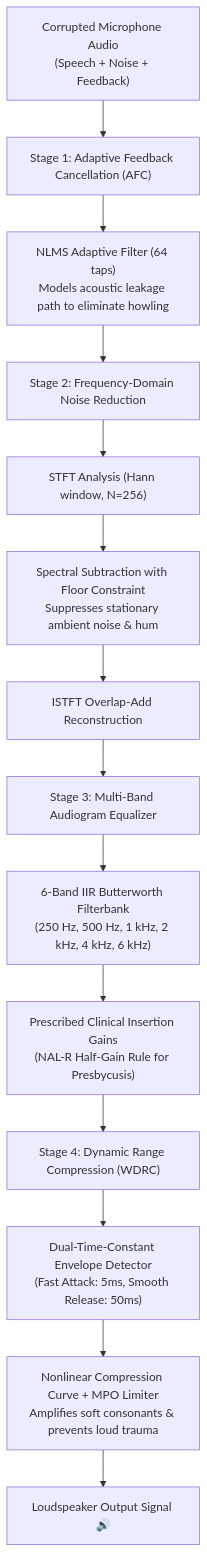
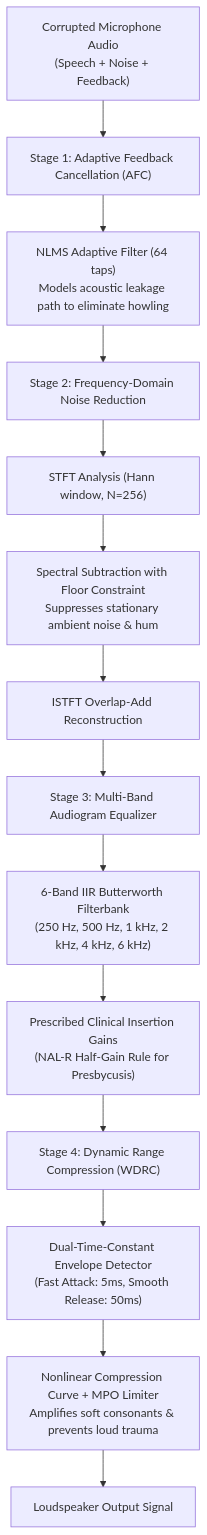
Before and after one commit to hosseinnosrati/edge-hearing-aid-dsp: the diagram in README.md, drawn with Mermaid. The commit also changed other lines of this file, not shown here.

````diff
--- a/README.md
+++ b/README.md
@@ -26,16 +26,16 @@
 ```mermaid
 flowchart TD
     A["Corrupted Microphone Audio<br/>(Speech + Noise + Feedback)"] --> B["Stage 1: Adaptive Feedback Cancellation (AFC)"]
     B --> B1["NLMS Adaptive Filter (64 taps)<br/>Models acoustic leakage path to eliminate howling"]
     B1 --> C["Stage 2: Frequency-Domain Noise Reduction"]
     C --> C1["STFT Analysis (Hann window, N=256)"]
     C1 --> C2["Spectral Subtraction with Floor Constraint<br/>Suppresses stationary ambient noise & hum"]
     C2 --> C3["ISTFT Overlap-Add Reconstruction"]
     C3 --> D["Stage 3: Multi-Band Audiogram Equalizer"]
     D --> D1["6-Band IIR Butterworth Filterbank<br/>(250 Hz, 500 Hz, 1 kHz, 2 kHz, 4 kHz, 6 kHz)"]
     D1 --> D2["Prescribed Clinical Insertion Gains<br/>(NAL-R Half-Gain Rule for Presbycusis)"]
     D2 --> E["Stage 4: Dynamic Range Compression (WDRC)"]
     E --> E1["Dual-Time-Constant Envelope Detector<br/>(Fast Attack: 5ms, Smooth Release: 50ms)"]
     E1 --> E2["Nonlinear Compression Curve + MPO Limiter<br/>Amplifies soft consonants & prevents loud trauma"]
-    E2 --> F["Loudspeaker Output Signal 🔊"]
+    E2 --> F["Loudspeaker Output Signal"]
 ```
````
